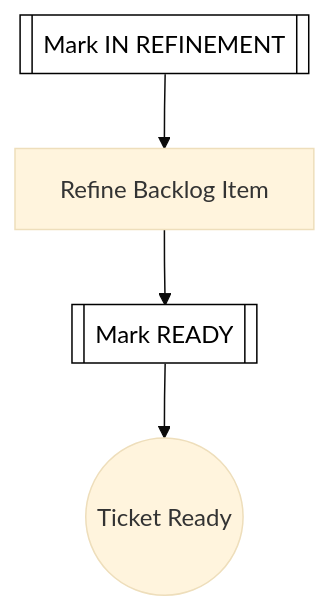
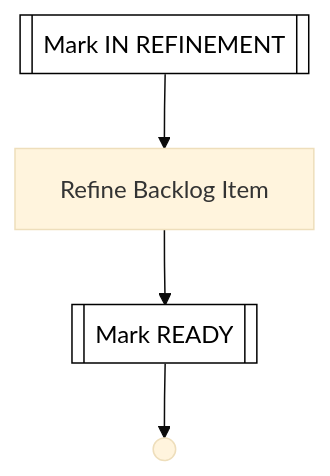
One commit to optivem/gh-optivem changed the third of 53 diagrams in docs/process-diagram.md. Above: the diagram before and after it, drawn with Mermaid (base theme). The commit also changed other lines of this file and 1 other file, not shown here.

````diff
--- a/docs/process-diagram.md
+++ b/docs/process-diagram.md
@@ -74,14 +72,14 @@
 ```mermaid
 flowchart TD
     MARK_IN_REFINEMENT[[Mark IN REFINEMENT]]
     MARK_READY[[Mark READY]]
     REFINE_BACKLOG_ITEM[Refine Backlog Item]
-    REFINE_TICKET_END((Ticket Ready))
+    REFINE_TICKET_END(( ))
 
     MARK_IN_REFINEMENT --> REFINE_BACKLOG_ITEM
     REFINE_BACKLOG_ITEM --> MARK_READY
     MARK_READY --> REFINE_TICKET_END
 
     classDef serviceNode fill:#ffffff,stroke:#000000,stroke-width:1px,color:#000000
     class MARK_IN_REFINEMENT,MARK_READY serviceNode
 ```
````
